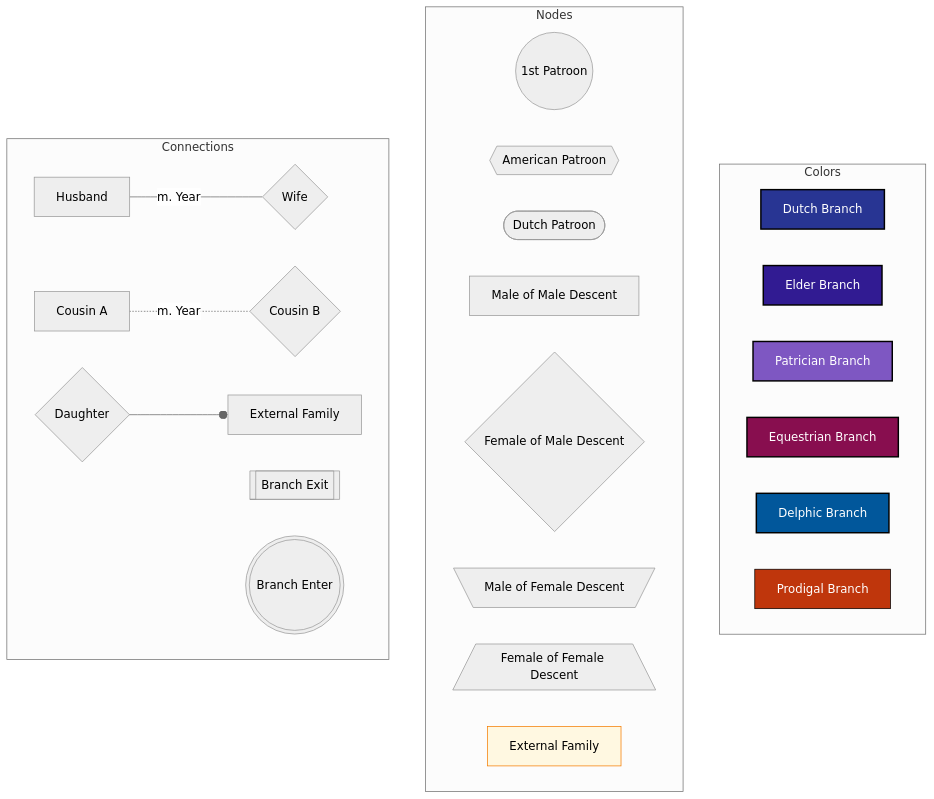
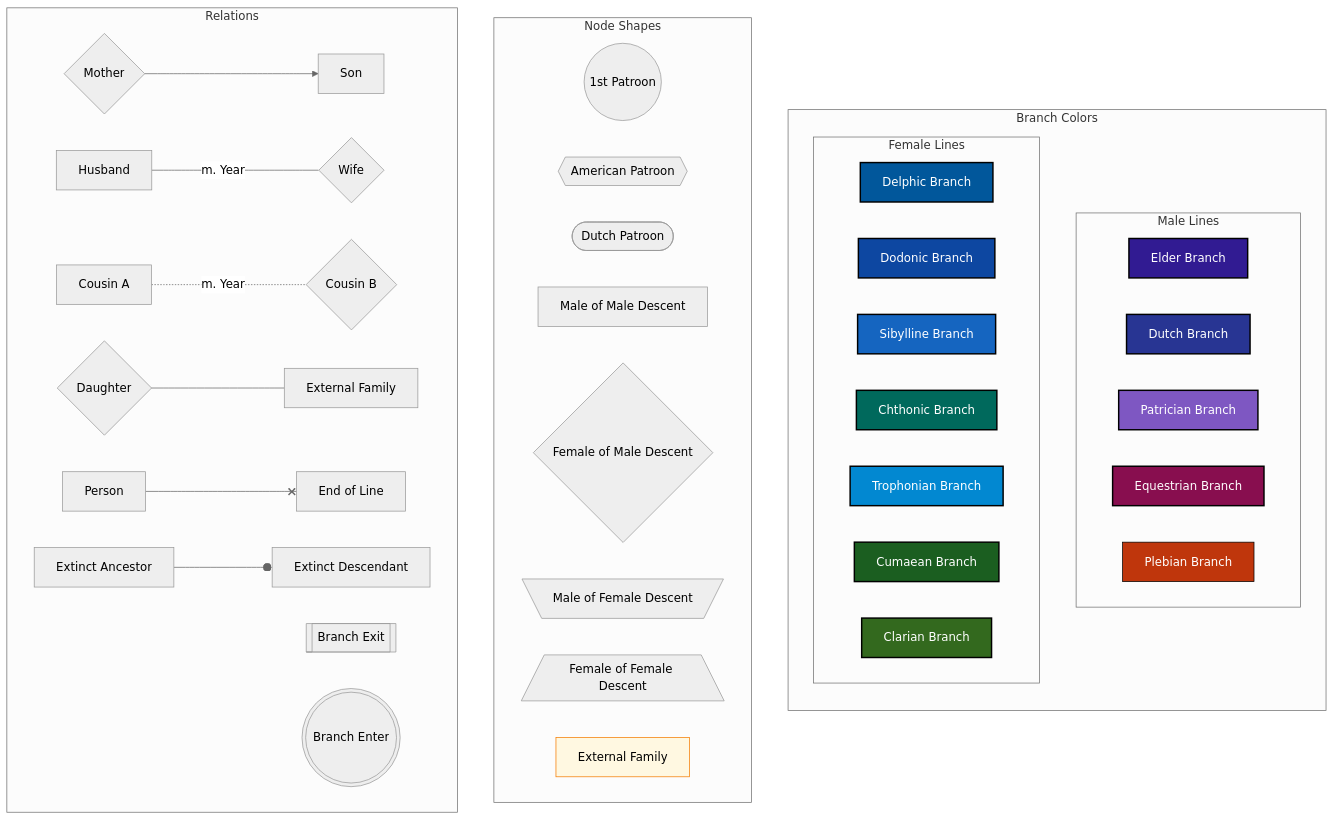
Before and after one commit to chinchalinchin/elara: the second of 13 diagrams in source/07_fabula/01_magnum-opus/appendices/000.rst, drawn with Mermaid (neutral theme). The commit also changed other lines of this file and 5 other files, not shown here.

```diff
--- a/source/07_fabula/01_magnum-opus/appendices/000.rst
+++ b/source/07_fabula/01_magnum-opus/appendices/000.rst
@@ -151,54 +211,75 @@
 .. mermaid::
 
     graph TD
         %% =========================================
         %% LEGEND STYLES
         %% =========================================
+        classDef elderLegend fill:#311B92,stroke:#000,stroke-width:2px,color:#fff
+        classDef dutchLegend fill:#283593,stroke:#000,stroke-width:2px,color:#fff
+        classDef patricianLegend fill:#7E57C2,stroke:#000,stroke-width:2px,color:#fff
+        classDef equestrianLegend fill:#880E4F,stroke:#000,stroke-width:2px,color:#fff
+        classDef plebianLegend fill:#BF360C,stroke:#000,stroke-width:1px,color:#fff
         classDef delphicLegend fill:#01579B,stroke:#000,stroke-width:2px,color:#fff
-        classDef dutchLegend fill:#283593,stroke:#000,stroke-width:2px,color:#fff
-        classDef elderLegend fill:#311B92,stroke:#000,stroke-width:2px,color:#fff
-        classDef equestrianLegend fill:#880E4F,stroke:#000,stroke-width:2px,color:#fff
+        classDef dodonicLegend fill:#0D47A1,stroke:#000,stroke-width:2px,color:#fff
+        classDef sibyllineLegend fill:#1565C0,stroke:#000,stroke-width:2px,color:#fff
+        classDef chthonicLegend fill:#00695C,stroke:#000,stroke-width:2px,color:#fff
+        classDef trophonianLegend fill:#0288D1,stroke:#000,stroke-width:2px,color:#fff
+        classDef cumaeanLegend fill:#1B5E20,stroke:#000,stroke-width:2px,color:#fff
+        classDef clarianLegend fill:#33691E,stroke:#000,stroke-width:2px,color:#fff
         classDef externalLegend fill:#FFF8E1,stroke:#F57C00,stroke-width:1px,color:#000
-        classDef patricianLegend fill:#7E57C2,stroke:#000,stroke-width:2px,color:#fff
-        classDef prodigalLegend fill:#BF360C,stroke:#000,stroke-width:1px,color:#fff
-        classDef specialLegend fill:#00897B,stroke:#004D40,stroke-width:3px,color:#fff
 
         %% =========================================
-        %% COLOR CODING (GRADIENTS)
+        %% COLOR CODING
         %% =========================================
-        subgraph Colors [Colors]
-            direction LR
-            C1[Dutch Branch]:::dutchLegend
-            C2[Elder Branch]:::elderLegend
-            C3[Patrician Branch]:::patricianLegend
-            C4[Equestrian Branch]:::equestrianLegend
-            C5[Delphic Branch]:::delphicLegend
-            C6[Prodigal Branch]:::prodigalLegend
+        subgraph Colors [Branch Colors]
+            direction TB
+            subgraph MaleLines [Male Lines]
+                direction LR
+                X1[Elder Branch]:::elderLegend
+                X2[Dutch Branch]:::dutchLegend
+                X3[Patrician Branch]:::patricianLegend
+                X4[Equestrian Branch]:::equestrianLegend
+                X5[Plebian Branch]:::plebianLegend
+            end
+            
+            subgraph FemaleLines [Female Lines]
+                direction LR
+                X6[Delphic Branch]:::delphicLegend
+                X7[Dodonic Branch]:::dodonicLegend
+                X8[Sibylline Branch]:::sibyllineLegend
+                X9[Chthonic Branch]:::chthonicLegend
+                X10[Trophonian Branch]:::trophonianLegend
+                X11[Cumaean Branch]:::cumaeanLegend
+                X12[Clarian Branch]:::clarianLegend
+            end
         end
 
         %% =========================================
         %% NODES
         %% =========================================
-        subgraph Nodes [Nodes]
+        subgraph Nodes [Node Shapes]
             direction LR
             S1((1st Patroon))
             S2{{American Patroon}}
             S3([Dutch Patroon])
             S4[Male of Male Descent]
             S5{Female of Male Descent}
             S6[\Male of Female Descent/]
             S7[/Female of Female Descent\]
             S8[External Family]:::externalLegend
         end
 
         %% =========================================
-        %% CONNECTIONS
+        %% RELATION CONNECTIONS
         %% =========================================
-        subgraph Connections [Connections]
+        subgraph Connections [Relations]
             direction LR
-            A1[Husband] ---|m. Year| A2{Wife}
-            B1[Cousin A] -.-|m. Year| B2{Cousin B}
-            D1{Daughter} --o D2[External Family]
-            E1[[Branch Exit]]
-            E2(((Branch Enter)))
+            A1{Mother} --> A2[Son] 
+            B1[Husband] ---|m. Year| B2{Wife}
+            C1[Cousin A] -.-|m. Year| C2{Cousin B}
+            D1{Daughter} --- D2[External Family]
+            E1[Person] --x E2[End of Line]
+            F1[Extinct Ancestor] --o F2[Extinct Descendant]
+            G1[[Branch Exit]]
+            H1(((Branch Enter)))
         end
```
